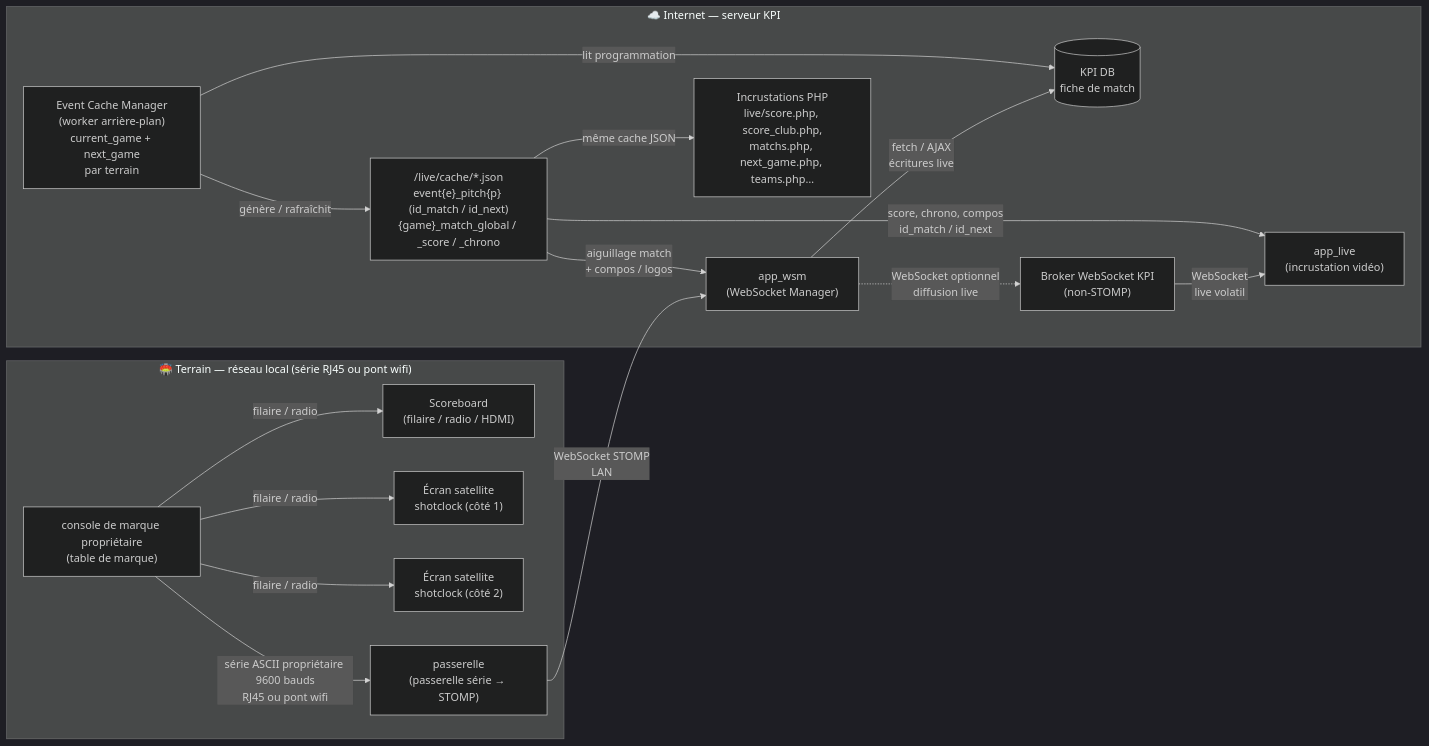
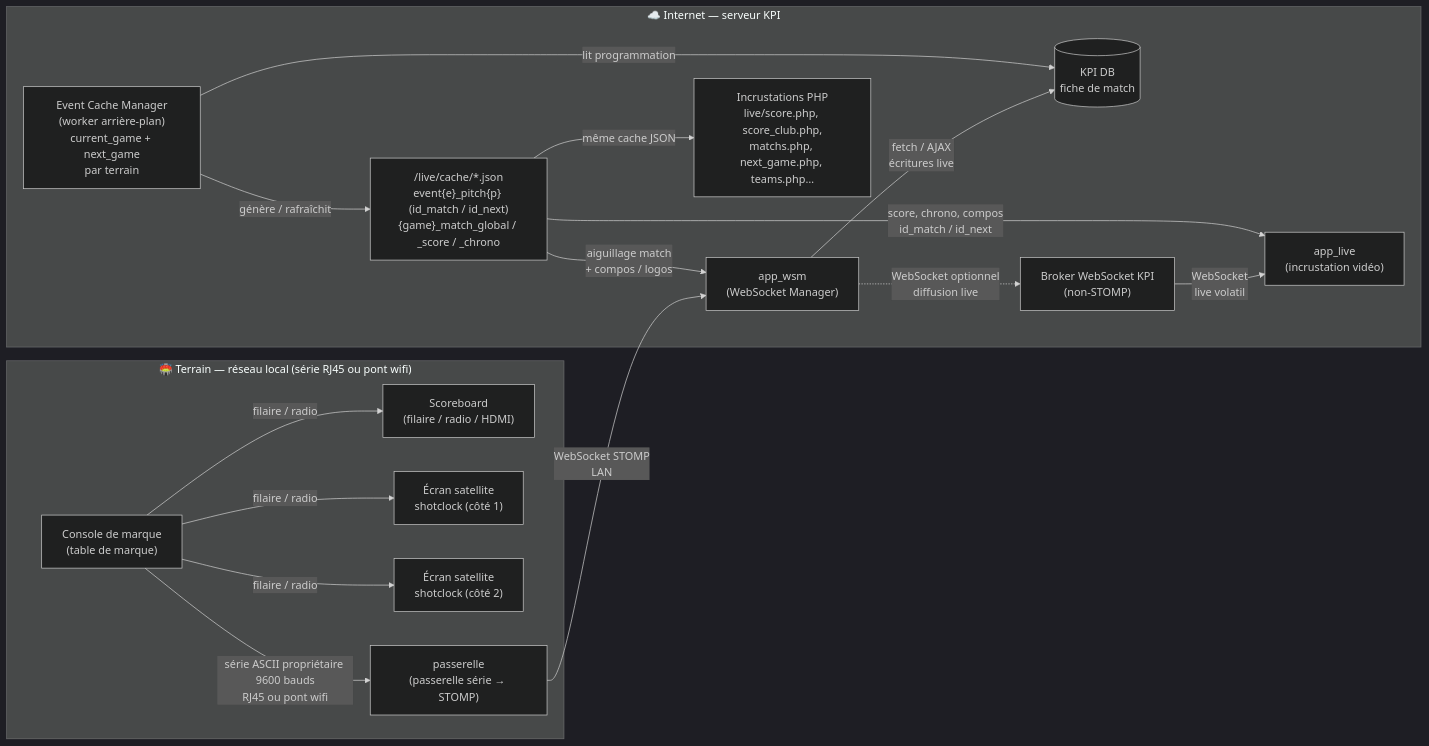
One commit to laurentgarrigue/kpi changed the first of 8 diagrams in DOC/developer/reference/LIVE_MATCH_WEBSOCKET_ARCHITECTURE.md. Above: the diagram before and after it, drawn with Mermaid (dark theme). The commit also changed other lines of this file and 3 other files, not shown here.

````diff
--- a/DOC/developer/reference/LIVE_MATCH_WEBSOCKET_ARCHITECTURE.md
+++ b/DOC/developer/reference/LIVE_MATCH_WEBSOCKET_ARCHITECTURE.md
@@ -51,37 +66,37 @@
 ```mermaid
 flowchart LR
     subgraph terrain["🏟️ Terrain — réseau local (série RJ45 ou pont wifi)"]
-        SP["console de marque propriétaire<br/>(table de marque)"]
+        SP["Console de marque<br/>(table de marque)"]
         SB["Scoreboard<br/>(filaire / radio / HDMI)"]
         SAT1["Écran satellite<br/>shotclock (côté 1)"]
         SAT2["Écran satellite<br/>shotclock (côté 2)"]
         BXP["passerelle<br/>(passerelle série → STOMP)"]
     end
 
     subgraph internet["☁️ Internet — serveur KPI"]
         WSM["app_wsm<br/>(WebSocket Manager)"]
         DB[("KPI DB<br/>fiche de match")]
         WORKER["Event Cache Manager<br/>(worker arrière-plan)<br/>current_game + next_game<br/>par terrain"]
         CACHE["/live/cache/*.json<br/>event{e}_pitch{p} (id_match / id_next)<br/>{game}_match_global / _score / _chrono"]
         BROKER["Broker WebSocket KPI<br/>(non-STOMP)"]
         LIVE["app_live<br/>(incrustation vidéo)"]
         PHPINC["Incrustations PHP<br/>live/score.php, score_club.php,<br/>matchs.php, next_game.php, teams.php…"]
     end
 
     SP -->|filaire / radio| SB
     SP -->|filaire / radio| SAT1
     SP -->|filaire / radio| SAT2
     SP -->|série ASCII propriétaire 9600 bauds<br/>RJ45 ou pont wifi| BXP
     BXP -->|WebSocket STOMP<br/>LAN| WSM
 
     WSM -->|fetch / AJAX<br/>écritures live| DB
     WSM -.->|WebSocket optionnel<br/>diffusion live| BROKER
 
     WORKER -->|lit programmation| DB
     WORKER -->|génère / rafraîchit| CACHE
     CACHE -->|aiguillage match<br/>+ compos / logos| WSM
 
     BROKER -->|WebSocket<br/>live volatil| LIVE
     CACHE -->|score, chrono, compos<br/>id_match / id_next| LIVE
     CACHE -->|même cache JSON| PHPINC
 ```
````
